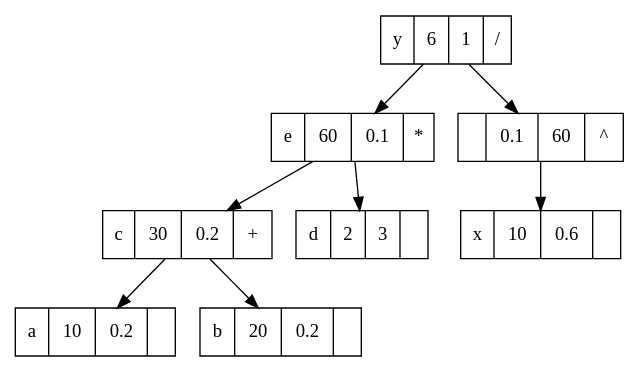
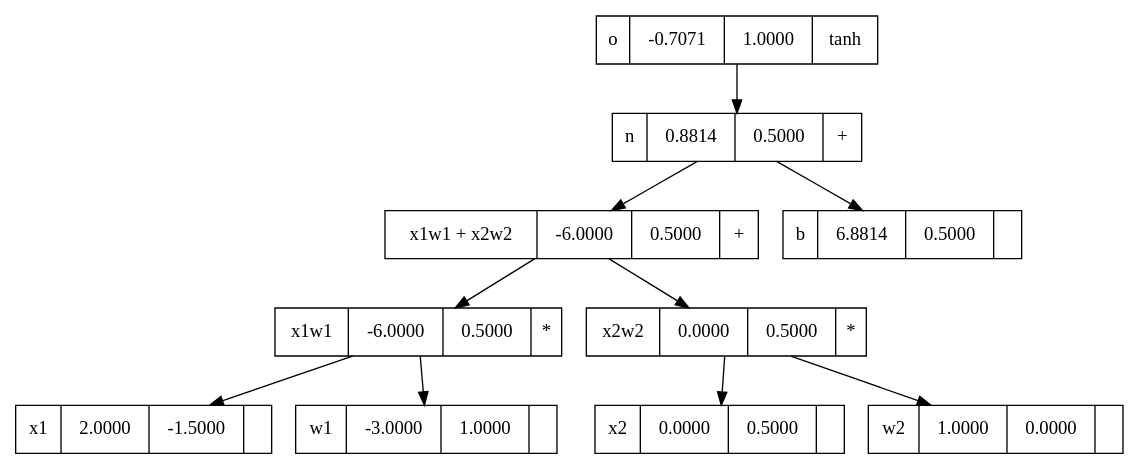
The diagram in graph.dot (gavi/micrograd_cs), drawn with Graphviz before and after one commit. The commit also changed 2 other files, not shown here.

```diff
--- a/graph.dot
+++ b/graph.dot
@@ -1,17 +1,21 @@
 digraph Micrograd { 
-	"666bef29-5402-4003-b929-6d6eab113c79"[label="y|6|1|/",shape=record]; 
-	"64a2def7-ee05-4143-a02f-085b91b0e528"[label="e|60|0.1|*",shape=record]; 
-	"b16adb6b-c92b-4b42-b973-1e8cd775f758"[label="c|30|0.2|+",shape=record]; 
-	"583477f0-d77c-44b5-b131-79953768d9c8"[label="a|10|0.2|",shape=record]; 
-	"b16adb6b-c92b-4b42-b973-1e8cd775f758" -> "583477f0-d77c-44b5-b131-79953768d9c8"; 
-	"671a2571-bc91-45c3-9d25-33b5690b5352"[label="b|20|0.2|",shape=record]; 
-	"b16adb6b-c92b-4b42-b973-1e8cd775f758" -> "671a2571-bc91-45c3-9d25-33b5690b5352"; 
-	"64a2def7-ee05-4143-a02f-085b91b0e528" -> "b16adb6b-c92b-4b42-b973-1e8cd775f758"; 
-	"1f200814-e31b-4311-bbb6-e12818eae900"[label="d|2|3|",shape=record]; 
-	"64a2def7-ee05-4143-a02f-085b91b0e528" -> "1f200814-e31b-4311-bbb6-e12818eae900"; 
-	"666bef29-5402-4003-b929-6d6eab113c79" -> "64a2def7-ee05-4143-a02f-085b91b0e528"; 
-	"5c5b2705-4c20-4537-81f3-86d62a9d99ee"[label="|0.1|60|^",shape=record]; 
-	"36127b7e-e70e-40c3-b121-c20568b24c2e"[label="x|10|0.6|",shape=record]; 
-	"5c5b2705-4c20-4537-81f3-86d62a9d99ee" -> "36127b7e-e70e-40c3-b121-c20568b24c2e"; 
-	"666bef29-5402-4003-b929-6d6eab113c79" -> "5c5b2705-4c20-4537-81f3-86d62a9d99ee"; 
+	"368db4e5-c326-4a61-a257-a16bd6cb3056"[label="o|-0.7071|1.0000|tanh",shape=record]; 
+	"878d49e0-097a-45f2-baee-cfd4435af5c4"[label="n|0.8814|0.5000|+",shape=record]; 
+	"7fc4d226-8fc6-41f8-9491-c3a3167baaf2"[label="x1w1 + x2w2|-6.0000|0.5000|+",shape=record]; 
+	"76f8e777-cb60-45e5-ad1e-098ca1684314"[label="x1w1|-6.0000|0.5000|*",shape=record]; 
+	"0bdf9963-03c3-4d05-9937-0e0eba98ed0b"[label="x1|2.0000|-1.5000|",shape=record]; 
+	"76f8e777-cb60-45e5-ad1e-098ca1684314" -> "0bdf9963-03c3-4d05-9937-0e0eba98ed0b"; 
+	"567293ea-033e-46a7-9925-e96d0a7075d5"[label="w1|-3.0000|1.0000|",shape=record]; 
+	"76f8e777-cb60-45e5-ad1e-098ca1684314" -> "567293ea-033e-46a7-9925-e96d0a7075d5"; 
+	"7fc4d226-8fc6-41f8-9491-c3a3167baaf2" -> "76f8e777-cb60-45e5-ad1e-098ca1684314"; 
+	"170d911d-6346-4775-8a7a-774df7356fc0"[label="x2w2|0.0000|0.5000|*",shape=record]; 
+	"36a5df9e-3969-4263-ba65-61eafc747ad5"[label="x2|0.0000|0.5000|",shape=record]; 
+	"170d911d-6346-4775-8a7a-774df7356fc0" -> "36a5df9e-3969-4263-ba65-61eafc747ad5"; 
+	"dcd297c1-7e6d-47ff-ba0e-ea599e11cea1"[label="w2|1.0000|0.0000|",shape=record]; 
+	"170d911d-6346-4775-8a7a-774df7356fc0" -> "dcd297c1-7e6d-47ff-ba0e-ea599e11cea1"; 
+	"7fc4d226-8fc6-41f8-9491-c3a3167baaf2" -> "170d911d-6346-4775-8a7a-774df7356fc0"; 
+	"878d49e0-097a-45f2-baee-cfd4435af5c4" -> "7fc4d226-8fc6-41f8-9491-c3a3167baaf2"; 
+	"4ec68864-d973-4e8c-8758-1a70593001b0"[label="b|6.8814|0.5000|",shape=record]; 
+	"878d49e0-097a-45f2-baee-cfd4435af5c4" -> "4ec68864-d973-4e8c-8758-1a70593001b0"; 
+	"368db4e5-c326-4a61-a257-a16bd6cb3056" -> "878d49e0-097a-45f2-baee-cfd4435af5c4"; 
 }
```
